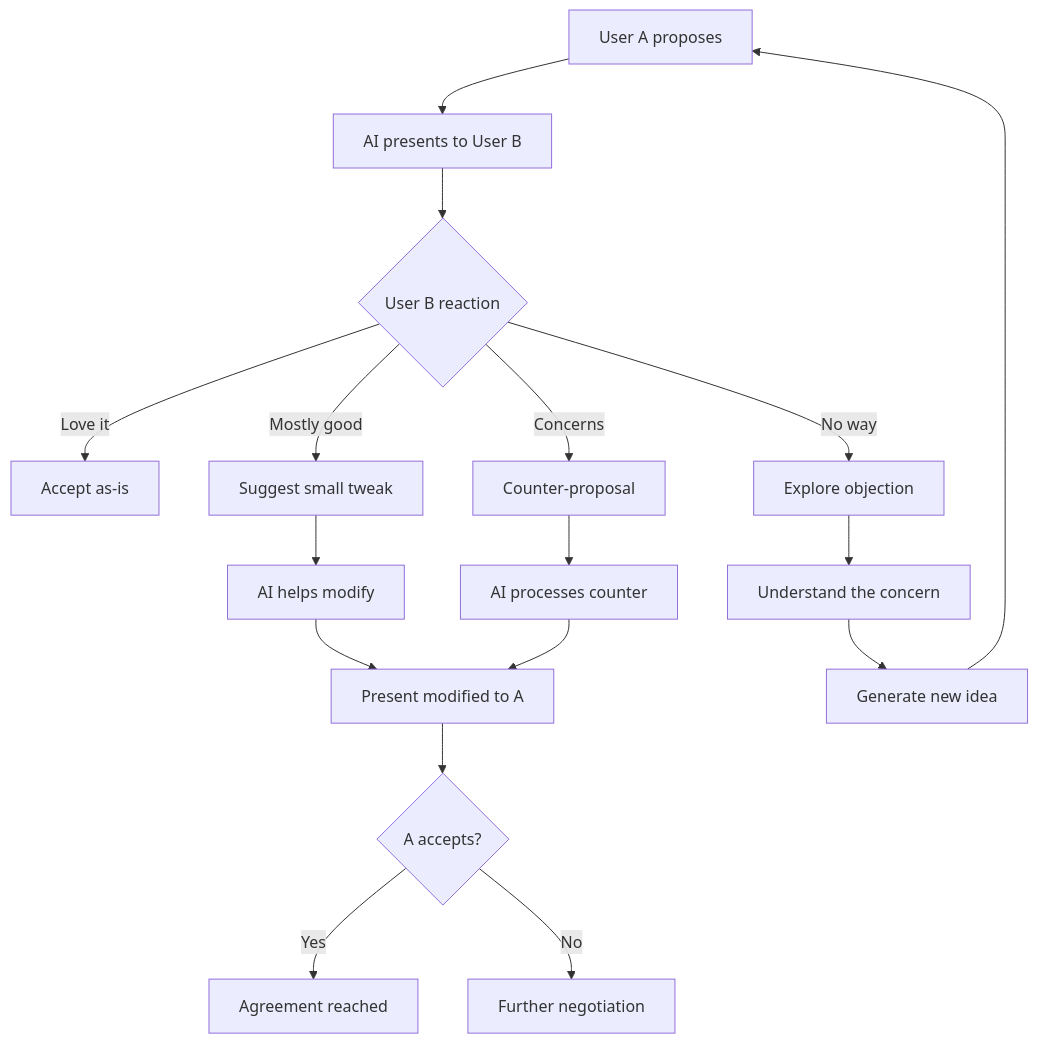
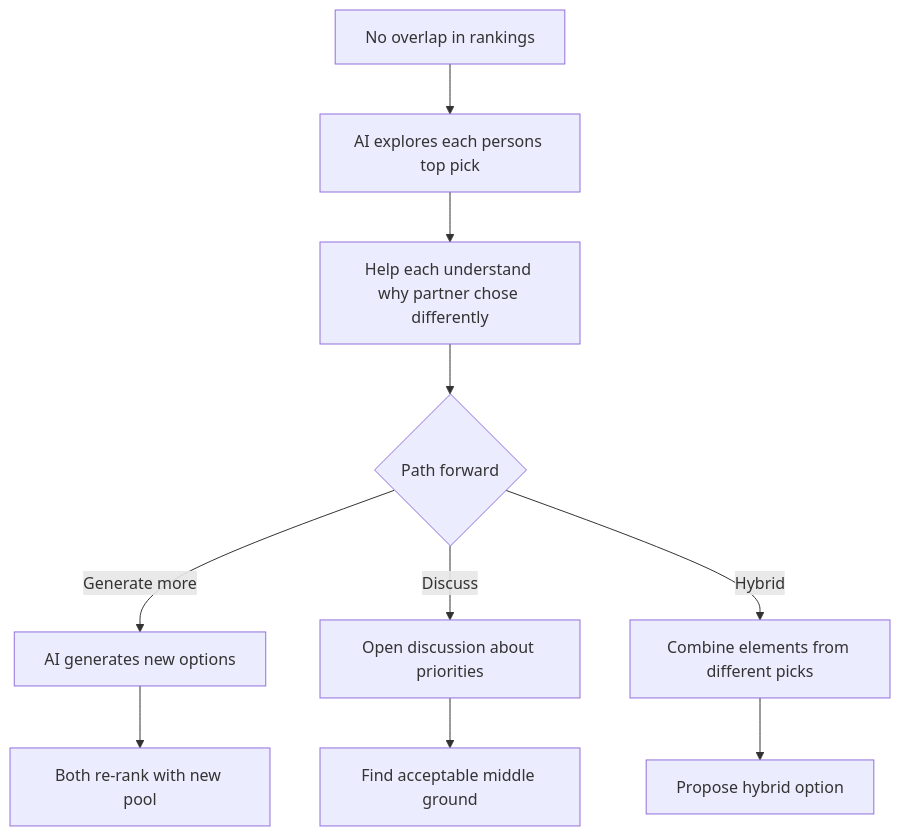
One commit to shantamg/meet-without-fear changed the third of 7 diagrams in docs/mvp-planning/plans/stages/stage-4-strategic-repair.md. Above: the diagram before and after it, drawn with Mermaid. The commit also changed other lines of this file and 2 other files, not shown here.

First line of the commit message:
Redesign Stage 2/4 flows and demos for open-ended interaction

````diff
--- a/docs/mvp-planning/plans/stages/stage-4-strategic-repair.md
+++ b/docs/mvp-planning/plans/stages/stage-4-strategic-repair.md
@@ -98,23 +114,15 @@
 ```mermaid
 flowchart TD
-    Proposal[User A proposes] --> Present[AI presents to User B]
+    NoOverlap[No overlap in rankings] --> Explore[AI explores each persons top pick]
+    Explore --> Understand[Help each understand why partner chose differently]
+    Understand --> Options{Path forward}
 
-    Present --> Reaction{User B reaction}
-    Reaction -->|Love it| Accept[Accept as-is]
-    Reaction -->|Mostly good| Tweak[Suggest small tweak]
-    Reaction -->|Concerns| Counter[Counter-proposal]
-    Reaction -->|No way| Explore[Explore objection]
+    Options -->|Generate more| NewIdeas[AI generates new options]
+    NewIdeas --> ReRank[Both re-rank with new pool]
 
-    Tweak --> Modify[AI helps modify]
-    Modify --> BackToA[Present modified to A]
-    BackToA --> Agreed{A accepts?}
-    Agreed -->|Yes| Done[Agreement reached]
-    Agreed -->|No| Negotiate[Further negotiation]
+    Options -->|Discuss| Discuss[Open discussion about priorities]
+    Discuss --> Compromise[Find acceptable middle ground]
 
-    Counter --> Process[AI processes counter]
-    Process --> BackToA
-
-    Explore --> Understand[Understand the concern]
-    Understand --> NewIdea[Generate new idea]
-    NewIdea --> Proposal
+    Options -->|Hybrid| Combine[Combine elements from different picks]
+    Combine --> Propose[Propose hybrid option]
 ```
````
